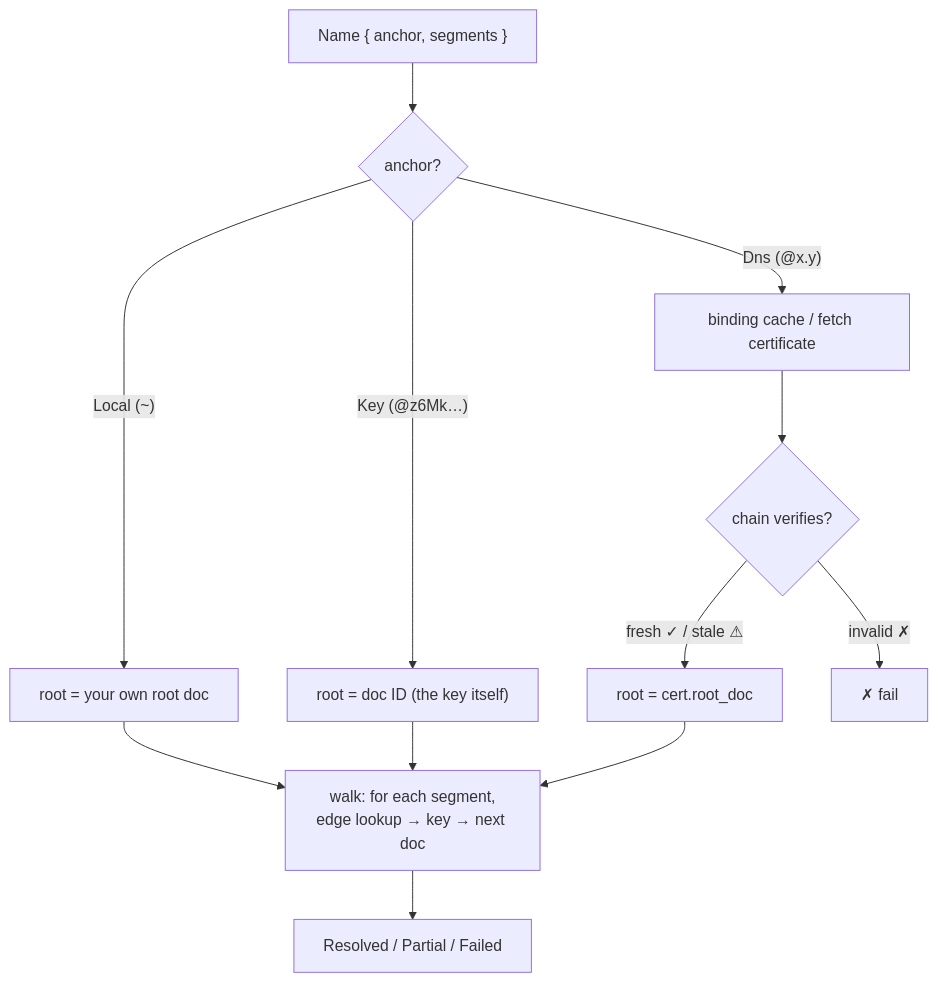
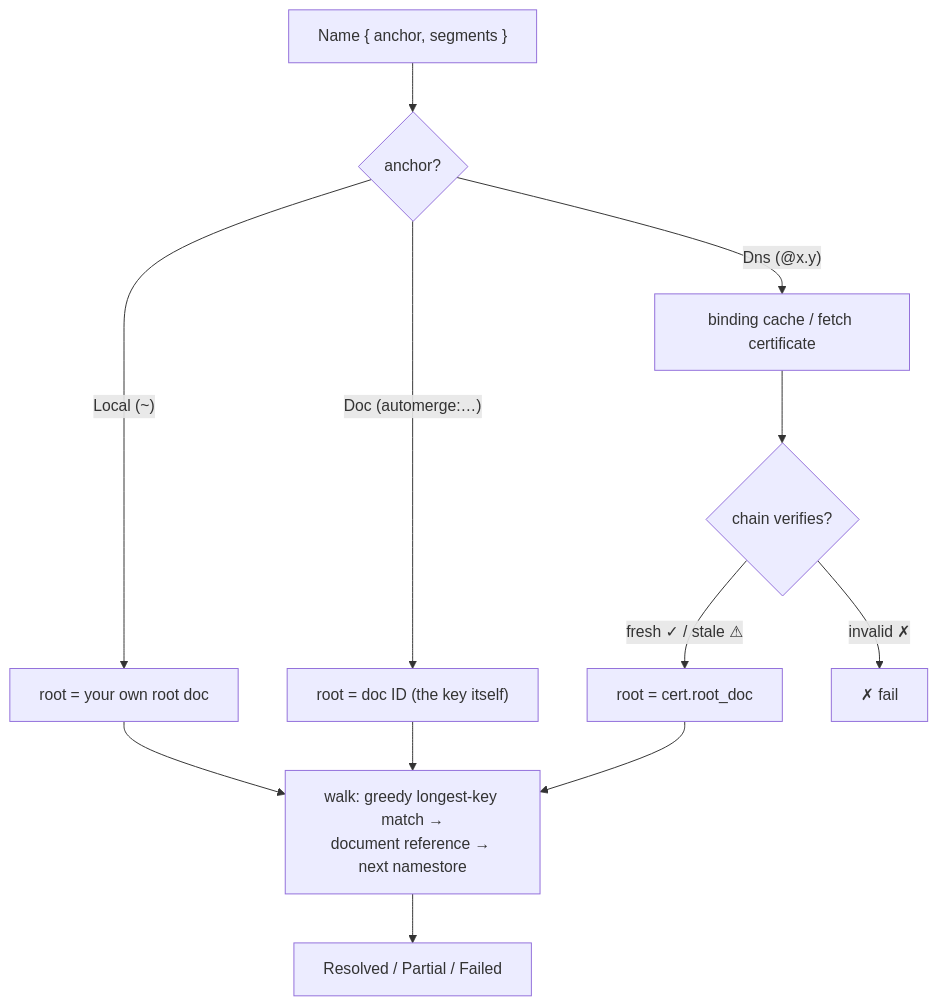
The diagram in design/resolution.md (inkandswitch/onomancy), drawn with Mermaid before and after one commit. The commit also changed other lines of this file and 42 other files, not shown here.

````diff
--- a/design/resolution.md
+++ b/design/resolution.md
@@ -27,14 +27,14 @@
 ```mermaid
 flowchart TD
     N["Name { anchor, segments }"] --> A{anchor?}
     A -->|"Local (~)"| L["root = your own root doc"]
-    A -->|"Key (@z6Mk…)"| K["root = doc ID (the key itself)"]
+    A -->|"Doc (automerge:…)"| K["root = doc ID (the key itself)"]
     A -->|"Dns (@x.y)"| D["binding cache / fetch certificate"]
     D --> DV{"chain verifies?"}
     DV -->|"fresh ✓ / stale ⚠"| DK["root = cert.root_doc"]
     DV -->|"invalid ✗"| X["✗ fail"]
     L --> W
     K --> W
-    DK --> W["walk: for each segment,<br/>edge lookup → key → next doc"]
+    DK --> W["walk: greedy longest-key match →<br/>document reference → next namestore"]
     W --> R["Resolved / Partial / Failed"]
 ```
````
